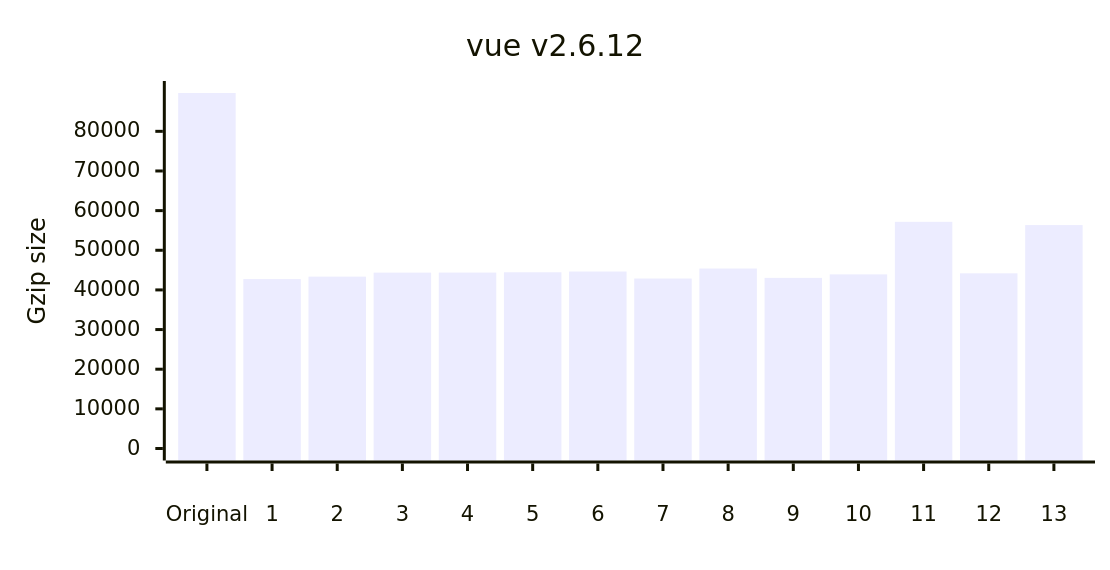
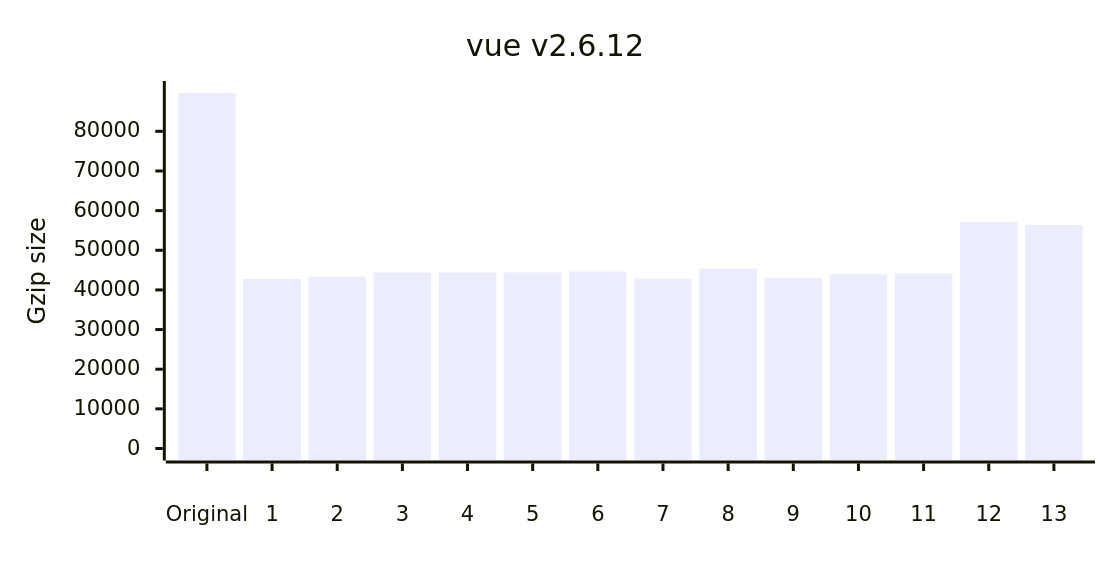
The fourth of 12 diagrams in README.md (privatenumber/minification-benchmarks), drawn with Mermaid before and after one commit. The commit also changed other lines of this file and 3 other files, not shown here.

````diff
--- a/README.md
+++ b/README.md
@@ -209,17 +209,17 @@
 ```mermaid
 ---
 config:
     xyChart:
         width: 720
         height: 360
         xAxis:
             labelPadding: 20
         yAxis:
             labelPadding: 10
 ---
 xychart-beta
 	title "vue v2.6.12"
 	x-axis ["Original",1,2,3,4,5,6,7,8,9,10,11,12,13]
 	y-axis "Gzip size" 0 --> 89668
-	bar [89668,42730,43348,44358,44373,44450,44636,42870,45400,43036,43925,57169,44184,56356]
+	bar [89668,42730,43348,44358,44373,44450,44636,42870,45400,43036,43925,44184,57169,56356]
 ```
````
